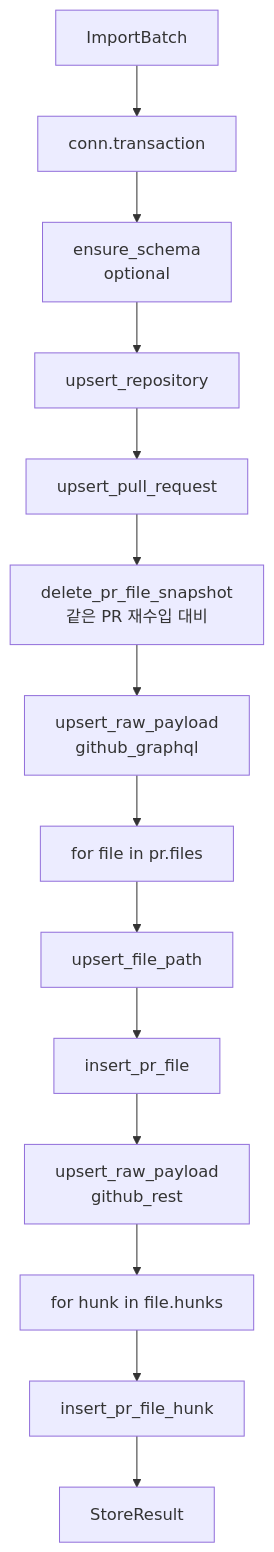
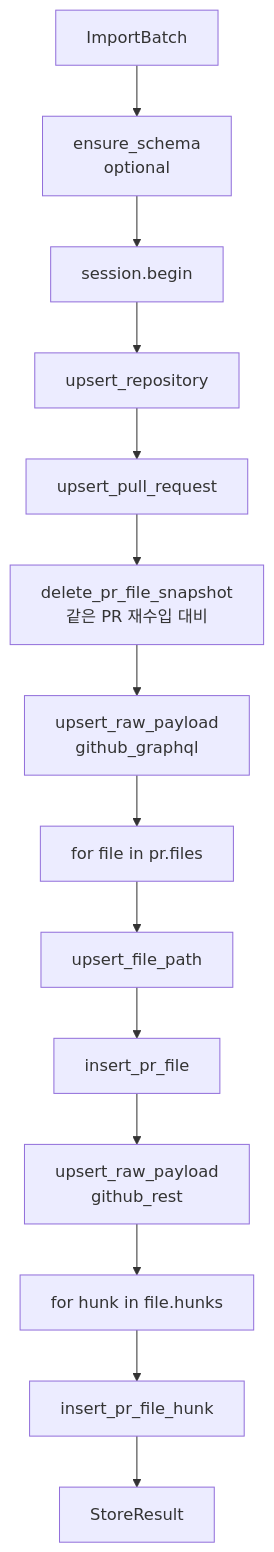
Before and after one commit to KFJG-Team1/rag-board: diagram 11 of 13 in pr_atlas_mvp/lesson/TOP_DOWN_POSTGRES_IMPORT.md, drawn with Mermaid. The commit also changed other lines of this file and 2 other files, not shown here.

````diff
--- a/pr_atlas_mvp/lesson/TOP_DOWN_POSTGRES_IMPORT.md
+++ b/pr_atlas_mvp/lesson/TOP_DOWN_POSTGRES_IMPORT.md
@@ -379,21 +495,21 @@
 ```mermaid
 flowchart TD
     Batch["ImportBatch"]
-    TX["conn.transaction"]
     Schema["ensure_schema<br/>optional"]
+    TX["session.begin"]
     Repo["upsert_repository"]
     PR["upsert_pull_request"]
     Delete["delete_pr_file_snapshot<br/>같은 PR 재수입 대비"]
     RawPR["upsert_raw_payload<br/>github_graphql"]
     FileLoop["for file in pr.files"]
     Path["upsert_file_path"]
     PRFile["insert_pr_file"]
     RawFile["upsert_raw_payload<br/>github_rest"]
     HunkLoop["for hunk in file.hunks"]
     Hunk["insert_pr_file_hunk"]
     Result["StoreResult"]
 
-    Batch --> TX --> Schema --> Repo --> PR --> Delete --> RawPR --> FileLoop
+    Batch --> Schema --> TX --> Repo --> PR --> Delete --> RawPR --> FileLoop
     FileLoop --> Path --> PRFile --> RawFile --> HunkLoop --> Hunk
     Hunk --> Result
 ```
````
